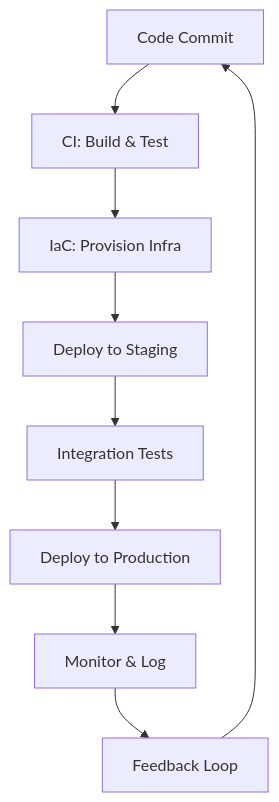
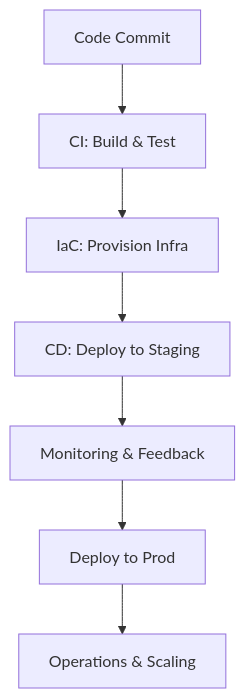
The diagram in devops-and-infrastructure-as-code/README.md (VrushankPatel/interview-matters), drawn with Mermaid before and after one commit. The commit also changed other lines of this file and 5 other files, not shown here.

````diff
--- a/devops-and-infrastructure-as-code/README.md
+++ b/devops-and-infrastructure-as-code/README.md
@@ -44,11 +48,9 @@
 ```mermaid
 graph TD
     A[Code Commit] --> B[CI: Build & Test]
     B --> C[IaC: Provision Infra]
-    C --> D[Deploy to Staging]
-    D --> E[Integration Tests]
-    E --> F[Deploy to Production]
-    F --> G[Monitor & Log]
-    G --> H[Feedback Loop]
-    H --> A
+    C --> D[CD: Deploy to Staging]
+    D --> E[Monitoring & Feedback]
+    E --> F[Deploy to Prod]
+    F --> G[Operations & Scaling]
 ```
````
